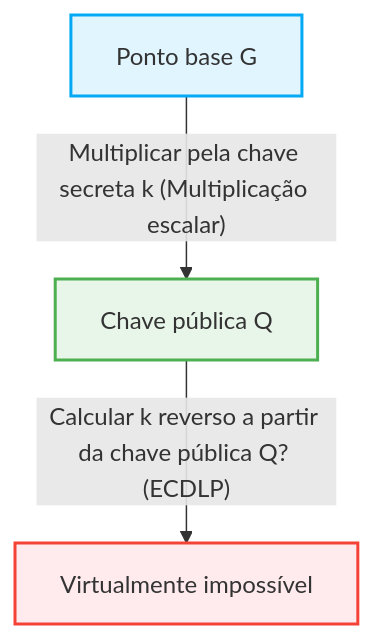
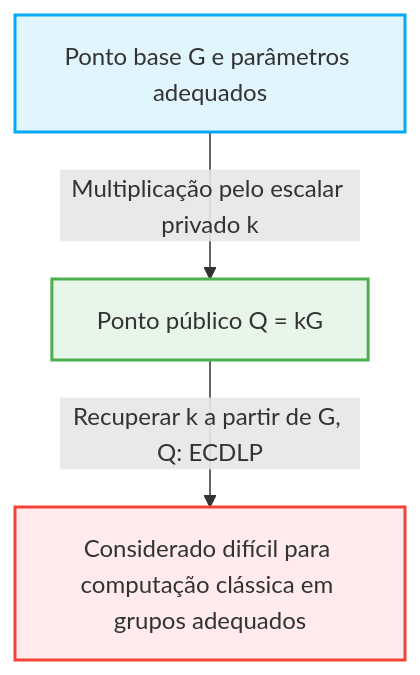
One commit to kenjinote/blog changed the second of 2 diagrams in content/post/public-key-cryptography-rsa-ecc/index.pt.md. Above: the diagram before and after it, drawn with Mermaid. The commit also changed other lines of this file and 5 other files, not shown here.

````diff
--- a/content/post/public-key-cryptography-rsa-ecc/index.pt.md
+++ b/content/post/public-key-cryptography-rsa-ecc/index.pt.md
@@ -123,8 +165,8 @@
 ```mermaid
 graph TD
-    A["Ponto base G"] -->|"Multiplicar pela chave secreta k (Multiplicação escalar)"| B["Chave pública Q"]
-    B -->|"Calcular k reverso a partir da chave pública Q? (ECDLP)"| C["Virtualmente impossível"]
+    A["Ponto base G e parâmetros adequados"] -->|"Multiplicação pelo escalar privado k"| B["Ponto público Q = kG"]
+    B -->|"Recuperar k a partir de G, Q: ECDLP"| C["Considerado difícil para computação clássica em grupos adequados"]
     style A fill:#e1f5fe,stroke:#03a9f4,stroke-width:2px
     style B fill:#e8f5e9,stroke:#4caf50,stroke-width:2px
     style C fill:#ffebee,stroke:#f44336,stroke-width:2px
 ```
````
